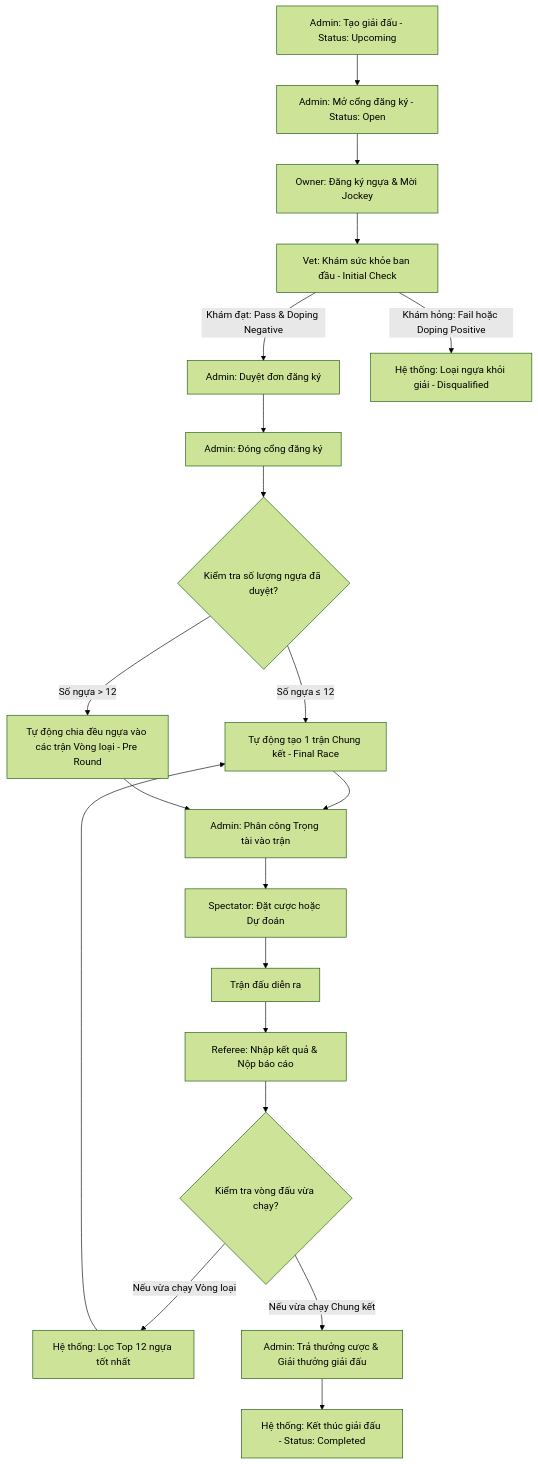
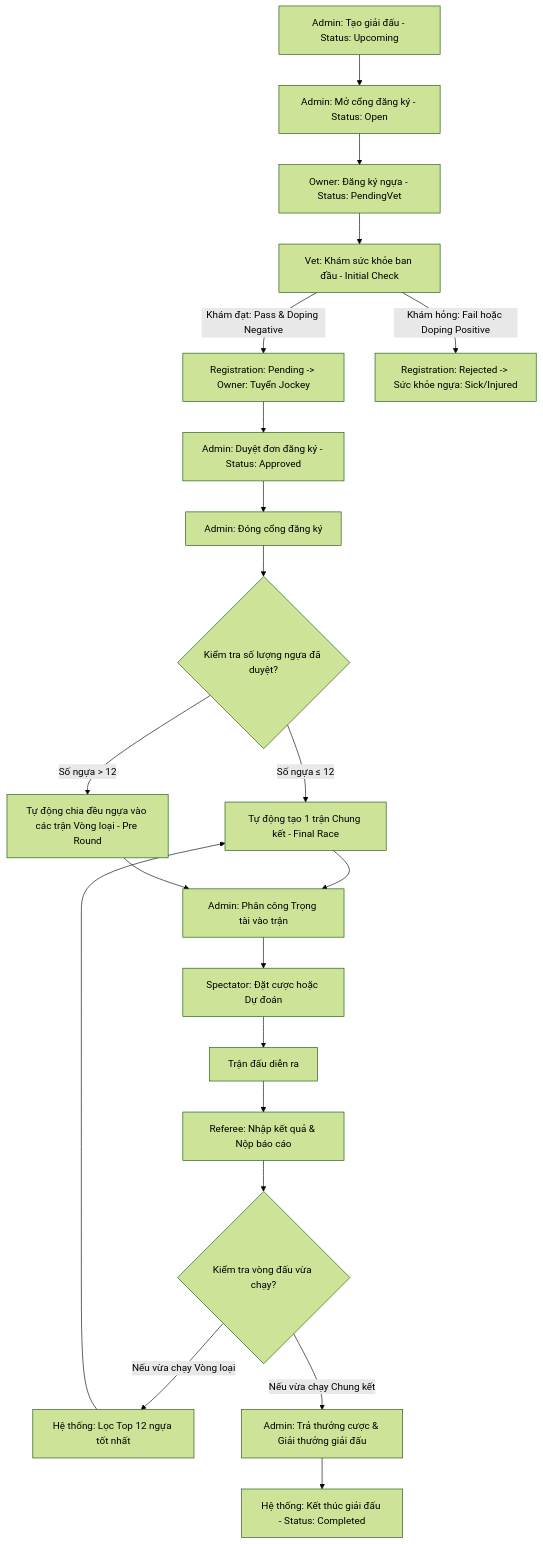
One commit to dacmyan/HorseRacingManagementSystem changed the diagram in .antigravity/scripts/00-master-tournament-lifecycle.md. Above: the diagram before and after it, drawn with Mermaid (forest theme). The commit also changed other lines of this file and 10 other files, not shown here.

````diff
--- a/.antigravity/scripts/00-master-tournament-lifecycle.md
+++ b/.antigravity/scripts/00-master-tournament-lifecycle.md
@@ -9,29 +9,30 @@
 ```mermaid
 graph TD
     A[Admin: Tạo giải đấu - Status: Upcoming] --> B[Admin: Mở cổng đăng ký - Status: Open]
-    B --> C[Owner: Đăng ký ngựa & Mời Jockey]
+    B --> C[Owner: Đăng ký ngựa - Status: PendingVet]
     C --> D[Vet: Khám sức khỏe ban đầu - Initial Check]
     
-    D -->|Khám đạt: Pass & Doping Negative| E[Admin: Duyệt đơn đăng ký]
-    D -->|Khám hỏng: Fail hoặc Doping Positive| F[Hệ thống: Loại ngựa khỏi giải - Disqualified]
+    D -->|Khám đạt: Pass & Doping Negative| E[Registration: Pending -> Owner: Tuyển Jockey]
+    D -->|Khám hỏng: Fail hoặc Doping Positive| F[Registration: Rejected -> Sức khỏe ngựa: Sick/Injured]
     
-    E --> G[Admin: Đóng cổng đăng ký]
-    G --> H{Kiểm tra số lượng ngựa đã duyệt?}
+    E --> G[Admin: Duyệt đơn đăng ký - Status: Approved]
+    G --> H[Admin: Đóng cổng đăng ký]
+    H --> I{Kiểm tra số lượng ngựa đã duyệt?}
     
-    H -->|Số ngựa ≤ 12| I[Tự động tạo 1 trận Chung kết - Final Race]
-    H -->|Số ngựa > 12| J[Tự động chia đều ngựa vào các trận Vòng loại - Pre Round]
+    I -->|Số ngựa ≤ 12| J[Tự động tạo 1 trận Chung kết - Final Race]
+    I -->|Số ngựa > 12| K[Tự động chia đều ngựa vào các trận Vòng loại - Pre Round]
     
-    I --> K[Admin: Phân công Trọng tài vào trận]
-    J --> K
+    J --> L[Admin: Phân công Trọng tài vào trận]
+    K --> L
     
-    K --> L[Spectator: Đặt cược hoặc Dự đoán]
-    L --> M[Trận đấu diễn ra]
-    M --> N[Referee: Nhập kết quả & Nộp báo cáo]
+    L --> M[Spectator: Đặt cược hoặc Dự đoán]
+    M --> N[Trận đấu diễn ra]
+    N --> O[Referee: Nhập kết quả & Nộp báo cáo]
     
-    N --> O{Kiểm tra vòng đấu vừa chạy?}
-    O -->|Nếu vừa chạy Vòng loại| P[Hệ thống: Lọc Top 12 ngựa tốt nhất]
-    P --> I
+    O --> P{Kiểm tra vòng đấu vừa chạy?}
+    P -->|Nếu vừa chạy Vòng loại| Q[Hệ thống: Lọc Top 12 ngựa tốt nhất]
+    Q --> J
     
-    O -->|Nếu vừa chạy Chung kết| Q[Admin: Trả thưởng cược & Giải thưởng giải đấu]
-    Q --> R[Hệ thống: Kết thúc giải đấu - Status: Completed]
+    P -->|Nếu vừa chạy Chung kết| R[Admin: Trả thưởng cược & Giải thưởng giải đấu]
+    R --> S[Hệ thống: Kết thúc giải đấu - Status: Completed]
 ```
````
